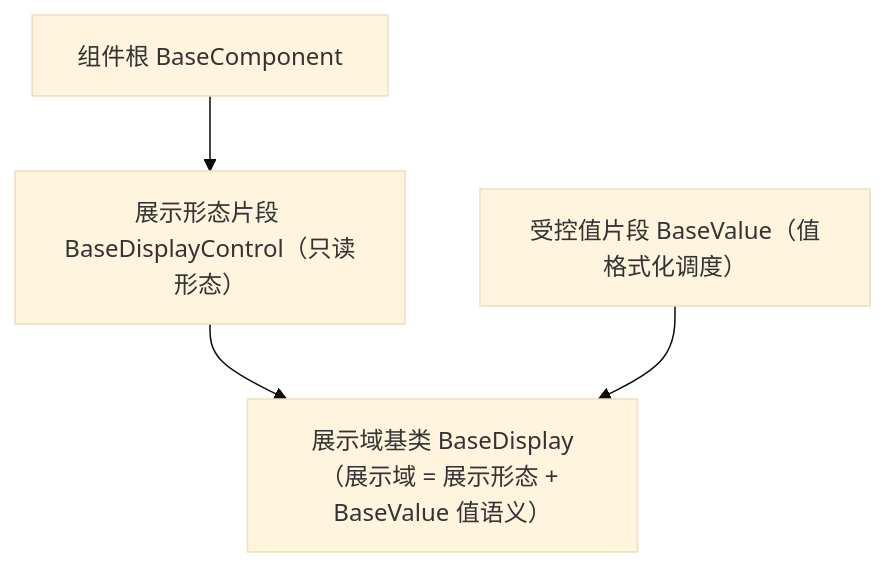
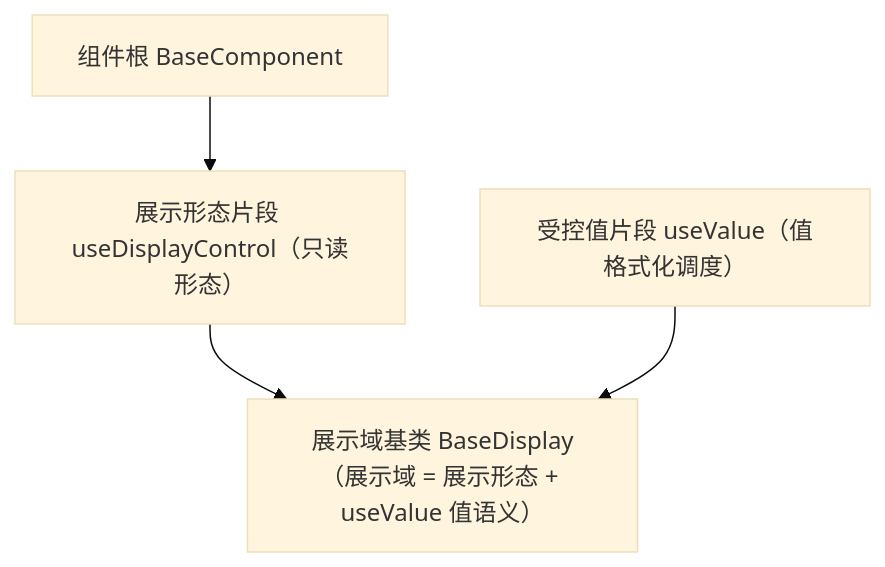
One commit to minjian123/basic-management-system changed the diagram in bms文档/设计/组件设计/02_基础组件类/02_能力片段/03_组件设计_展示形态片段/03_组件设计_展示形态片段.md. Above: the diagram before and after it, drawn with Mermaid (base theme). The commit also changed other lines of this file and 30 other files, not shown here.

````diff
--- a/bms文档/设计/组件设计/02_基础组件类/02_能力片段/03_组件设计_展示形态片段/03_组件设计_展示形态片段.md
+++ b/bms文档/设计/组件设计/02_基础组件类/02_能力片段/03_组件设计_展示形态片段/03_组件设计_展示形态片段.md
@@ -15,6 +15,6 @@
 ```mermaid
 flowchart TD
-    COMP["组件根 BaseComponent"] --> DC["展示形态片段 BaseDisplayControl（只读形态）"]
-    DC --> D["展示域基类 BaseDisplay（展示域 = 展示形态 + BaseValue 值语义）"]
-    HV["受控值片段 BaseValue（值格式化调度）"] --> D
+    COMP["组件根 BaseComponent"] --> DC["展示形态片段 useDisplayControl（只读形态）"]
+    DC --> D["展示域基类 BaseDisplay（展示域 = 展示形态 + useValue 值语义）"]
+    HV["受控值片段 useValue（值格式化调度）"] --> D
 ```
````
